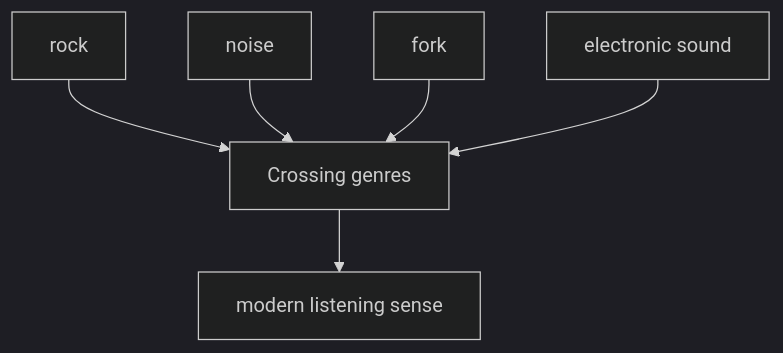
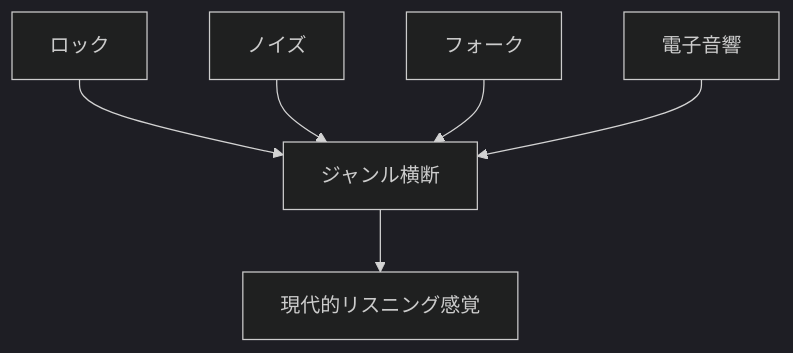
The seventh of 7 diagrams in en/_posts/2026-05-24-column-jim-o-rourke.md (monumental-movement/monumental-movement.github.io), drawn with Mermaid (dark theme) before and after one commit. The commit also changed other lines of this file and 2196 other files, not shown here.

```diff
--- a/en/_posts/2026-05-24-column-jim-o-rourke.md
+++ b/en/_posts/2026-05-24-column-jim-o-rourke.md
@@ -404,8 +404,8 @@
 <div class="mermaid">
 graph TD
-A[rock] --> E[Crossing genres]
-B[noise] --> E
-C[fork] --> E
-D[electronic sound] --> E
-E --> F[modern listening sense]
+A[ロック] --> E[ジャンル横断]
+B[ノイズ] --> E
+C[フォーク] --> E
+D[電子音響] --> E
+E --> F[現代的リスニング感覚]
 </div>
```
